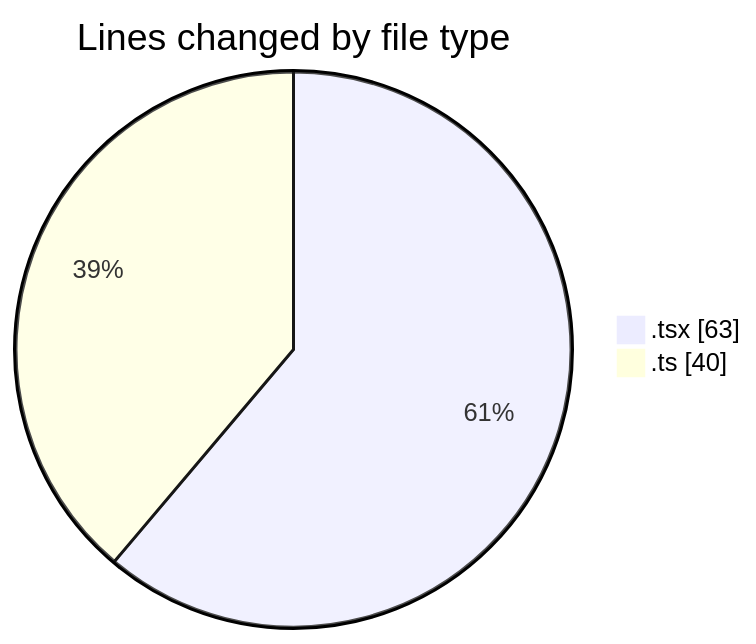
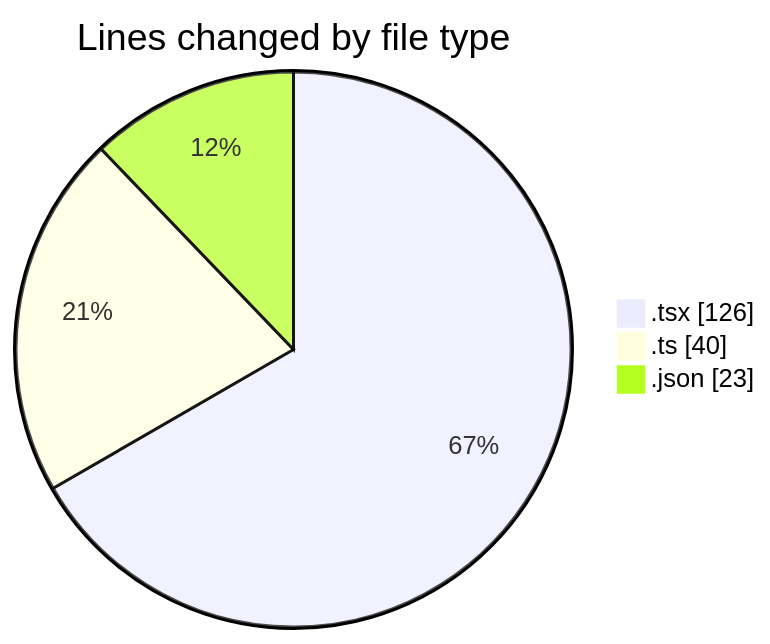
One commit to momahboobian/code-tracking changed the first of 2 diagrams in 2025-04-29/cda/README.md. Above: the diagram before and after it, drawn with Mermaid. The commit also changed other lines of this file and 1 other file, not shown here.

````diff
--- a/2025-04-29/cda/README.md
+++ b/2025-04-29/cda/README.md
@@ -21,6 +22,7 @@
 ```mermaid
 pie showData
 title Lines changed by file type
-".tsx" : 63
+".tsx" : 126
 ".ts" : 40
+".json" : 23
 ```
````
